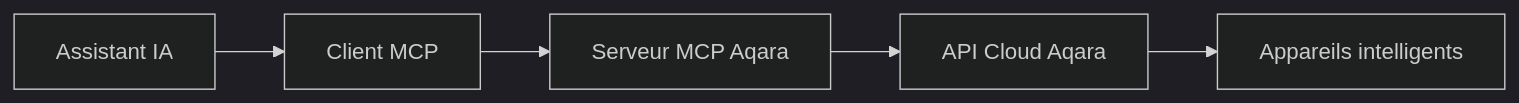
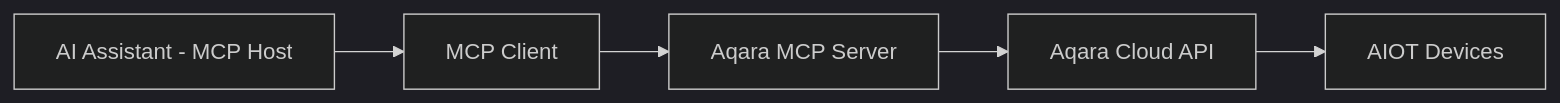
The diagram in readme/README_FR.md (aqara/aqara-mcp-server), drawn with Mermaid (dark theme) before and after one commit. The commit also changed other lines of this file and 22 other files, not shown here.

````diff
--- a/readme/README_FR.md
+++ b/readme/README_FR.md
@@ -77,7 +76,7 @@
 ```mermaid
 graph LR
-    A[Assistant IA] --> B[Client MCP]
-    B --> C[Serveur MCP Aqara]
-    C --> D[API Cloud Aqara]
-    D --> E[Appareils intelligents]
+    A[AI Assistant - MCP Host] --> B[MCP Client]
+    B --> C[Aqara MCP Server]
+    C --> D[Aqara Cloud API]
+    D --> E[AIOT Devices]
 ```
````
